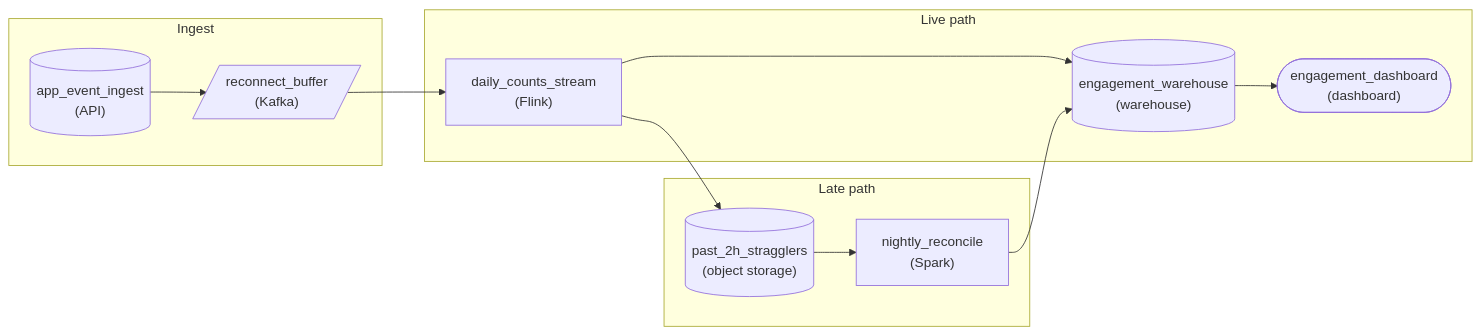
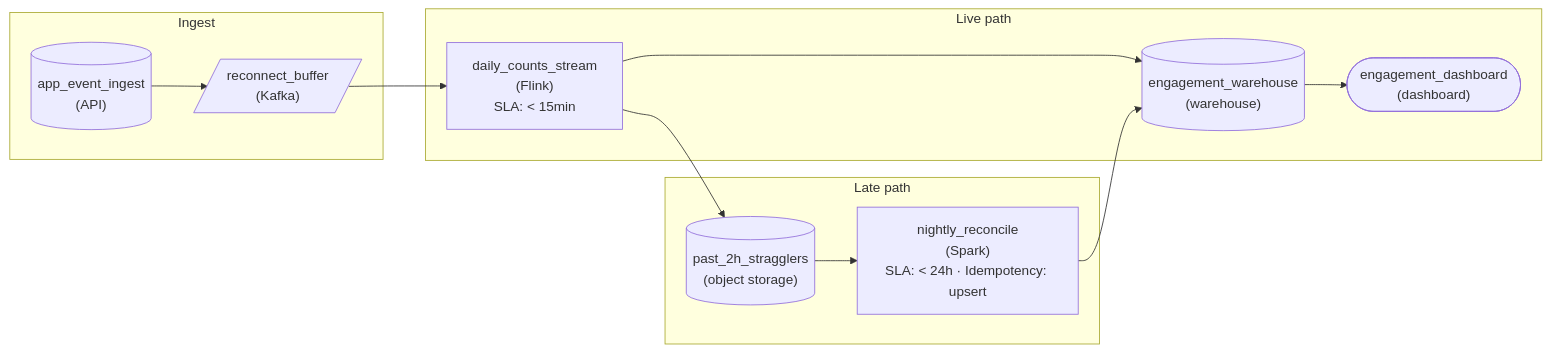
The third of 4 diagrams in lesson_preview/interview/architecture/pipeline_how_data_moves_advanced.md (Dulain-Willis/study-helper), drawn with Mermaid before and after one commit. The commit also changed other lines of this file and 26 other files, not shown here.

First line of the commit message:
Mermaid diagrams: show tags and extra values inside each node (#43)

````diff
--- a/lesson_preview/interview/architecture/pipeline_how_data_moves_advanced.md
+++ b/lesson_preview/interview/architecture/pipeline_how_data_moves_advanced.md
@@ -629,23 +629,23 @@
 ```mermaid
 flowchart LR
     subgraph L0["Ingest"]
         n0[("app_event_ingest<br/>(API)")]
         n1[/"reconnect_buffer<br/>(Kafka)"/]
     end
     subgraph L1["Live path"]
-        n2["daily_counts_stream<br/>(Flink)"]
+        n2["daily_counts_stream<br/>(Flink)<br/>SLA: #60; 15min"]
         n3[("engagement_warehouse<br/>(warehouse)")]
         n4(["engagement_dashboard<br/>(dashboard)"])
     end
     subgraph L2["Late path"]
         n5[("past_2h_stragglers<br/>(object storage)")]
-        n6["nightly_reconcile<br/>(Spark)"]
+        n6["nightly_reconcile<br/>(Spark)<br/>SLA: #60; 24h · Idempotency: upsert"]
     end
     n0 --> n1
     n1 --> n2
     n2 --> n3
     n2 --> n5
     n5 --> n6
     n6 --> n3
     n3 --> n4
 ```
````
